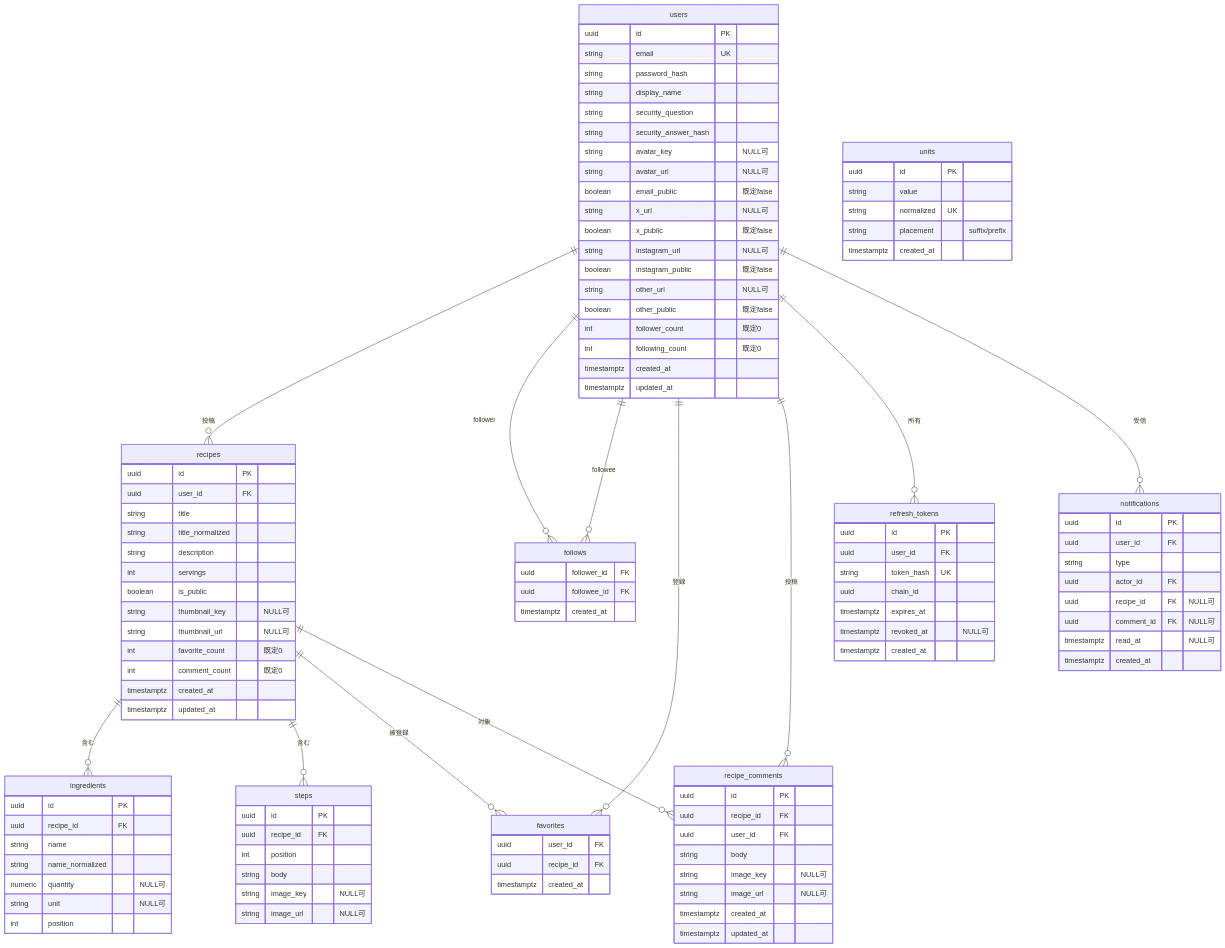
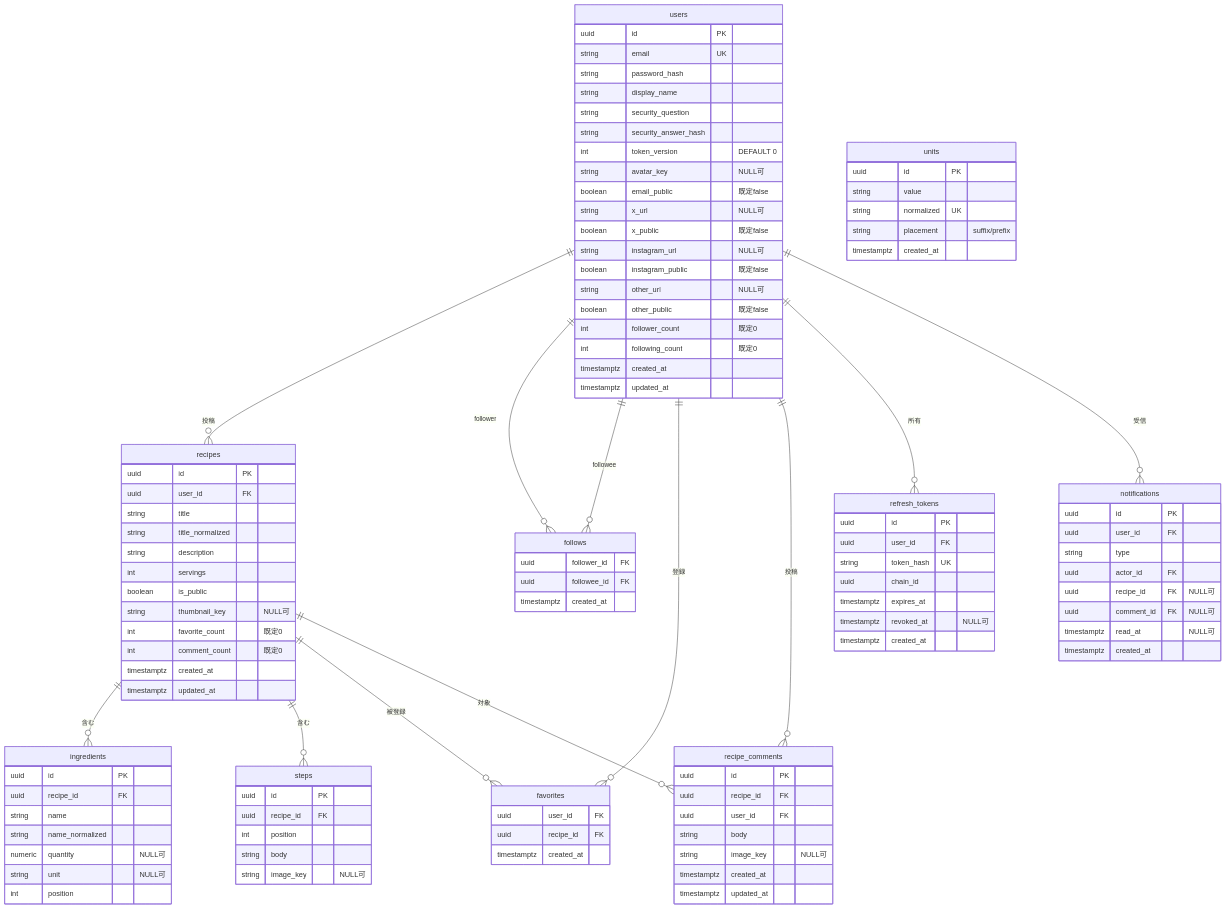
One commit to yamamotonaoki3/Recipi changed the diagram in docs/requirements/data-model.md. Above: the diagram before and after it, drawn with Mermaid. The commit also changed other lines of this file and 16 other files, not shown here.

```diff
--- a/docs/requirements/data-model.md
+++ b/docs/requirements/data-model.md
@@ -25,8 +25,8 @@
         string display_name
         string security_question
         string security_answer_hash
+        int token_version "DEFAULT 0"
         string avatar_key "NULL可"
-        string avatar_url "NULL可"
         boolean email_public "既定false"
         string x_url "NULL可"
         boolean x_public "既定false"
@@ -48,7 +48,6 @@
         int servings
         boolean is_public
         string thumbnail_key "NULL可"
-        string thumbnail_url "NULL可"
         int favorite_count "既定0"
         int comment_count "既定0"
         timestamptz created_at
@@ -69,7 +68,6 @@
         int position
         string body
         string image_key "NULL可"
-        string image_url "NULL可"
     }
     recipe_comments {
         uuid id PK
@@ -77,7 +75,6 @@
         uuid user_id FK
         string body
         string image_key "NULL可"
-        string image_url "NULL可"
         timestamptz created_at
         timestamptz updated_at
     }
```
